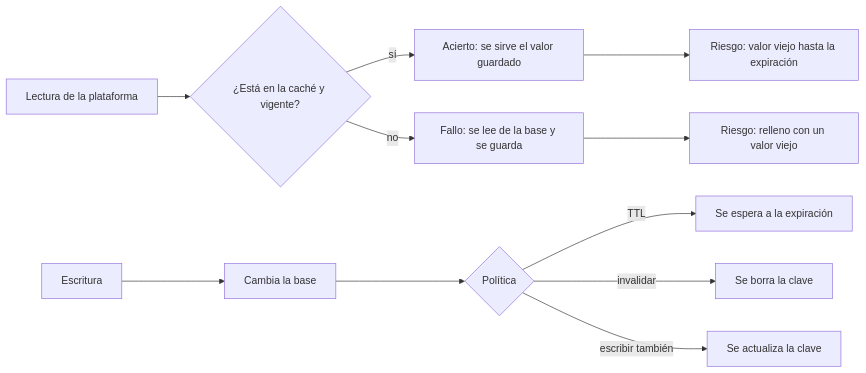
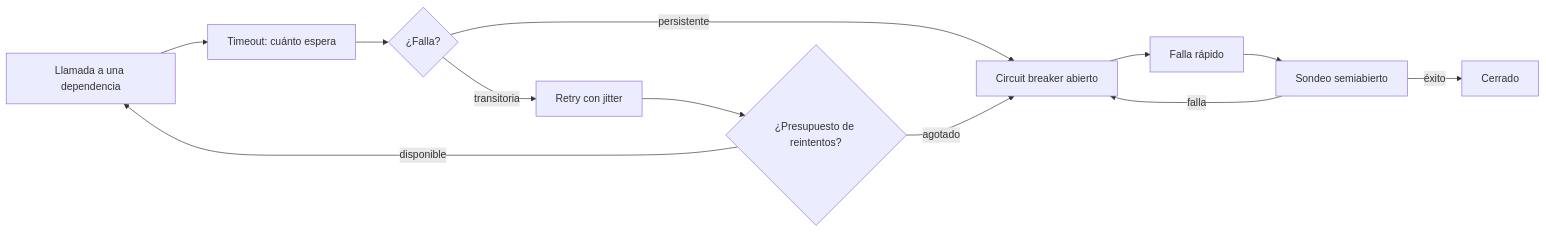
One commit to vladimiracunadev-create/modern-software-engineering-program changed the diagram in content/part-26/SE-320.md. Above: the diagram before and after it, drawn with Mermaid. The commit also changed other lines of this file and 5193 other files, not shown here.

````diff
--- a/content/part-26/SE-320.md
+++ b/content/part-26/SE-320.md
@@ -54,13 +59,14 @@
 ```mermaid
 flowchart LR
-    A[Lectura de la plataforma] --> B{¿Está en la caché y vigente?}
-    B -->|sí| C[Acierto: se sirve el valor guardado]
-    B -->|no| D[Fallo: se lee de la base y se guarda]
-    E[Escritura] --> F[Cambia la base]
-    F --> G{Política}
-    G -->|TTL| H[Se espera a la expiración]
-    G -->|invalidar| I[Se borra la clave]
-    G -->|escribir también| J[Se actualiza la clave]
-    D --> K[Riesgo: relleno con un valor viejo]
-    C --> L[Riesgo: valor viejo hasta la expiración]
+    A[Llamada a una dependencia] --> B[Timeout: cuánto espera]
+    B --> C{¿Falla?}
+    C -->|transitoria| D[Retry con jitter]
+    C -->|persistente| E[Circuit breaker abierto]
+    D --> F{¿Presupuesto de reintentos?}
+    F -->|agotado| E
+    F -->|disponible| A
+    E --> G[Falla rápido]
+    G --> H[Sondeo semiabierto]
+    H -->|éxito| I[Cerrado]
+    H -->|falla| E
 ```
````
